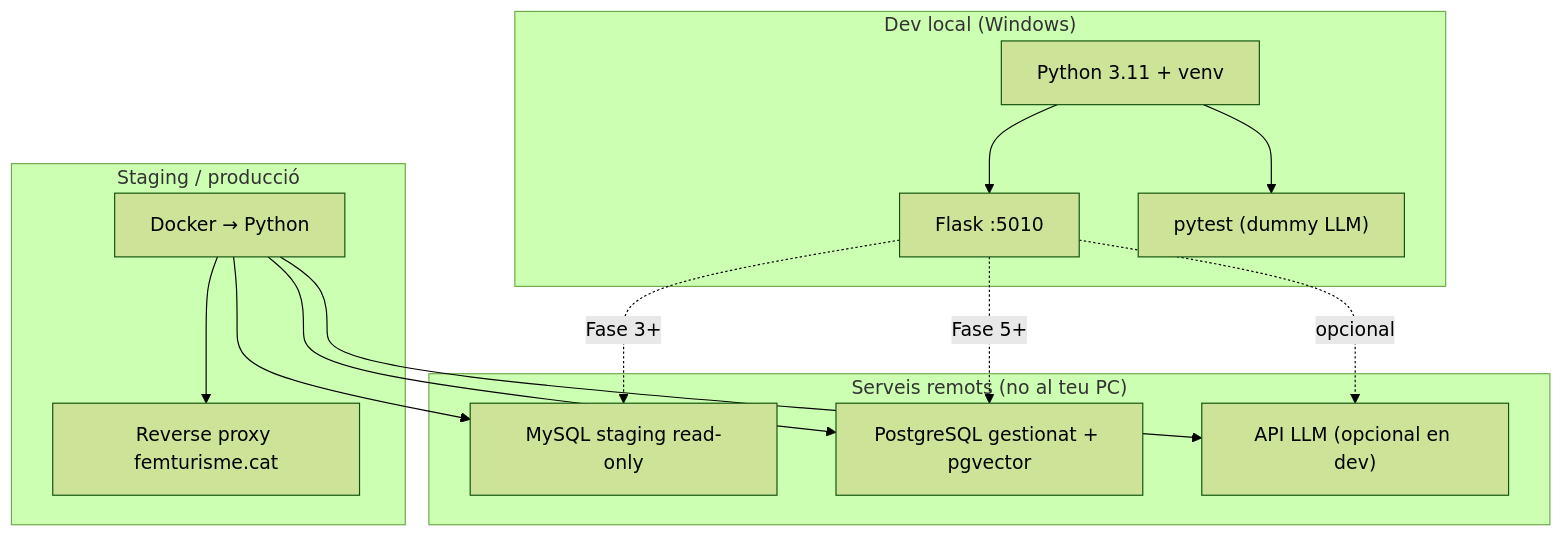
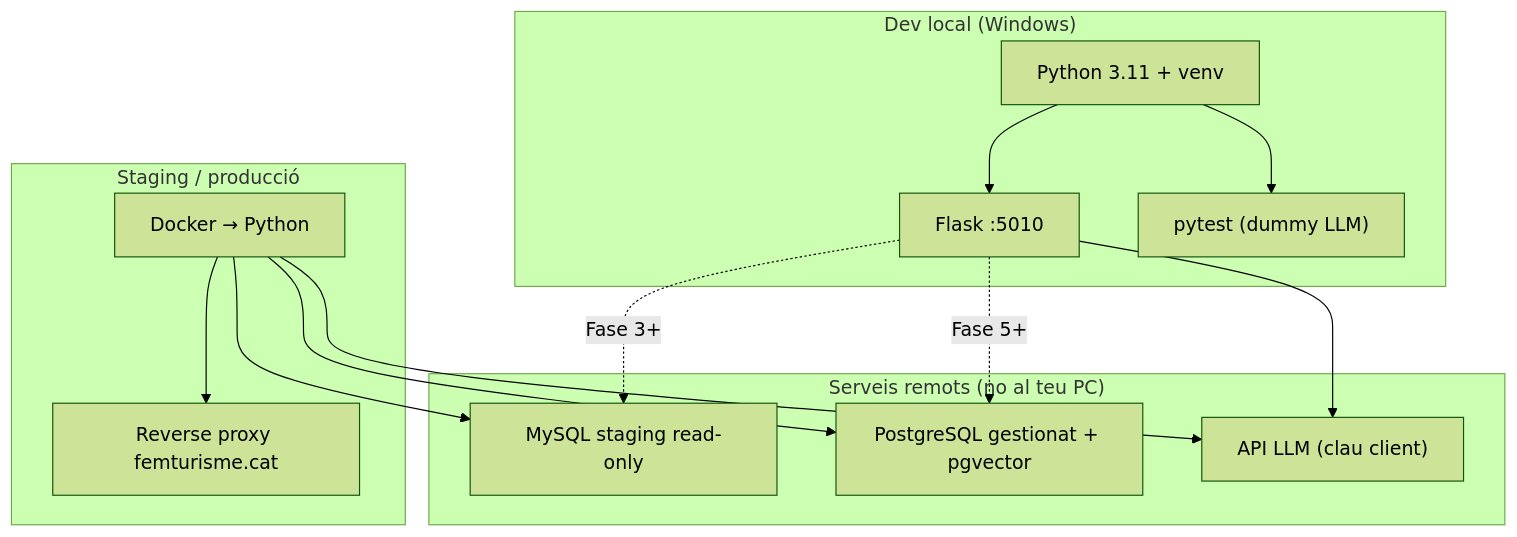
The diagram in docs/devs/desenvolupament-local.md (3urega/femturisme), drawn with Mermaid (forest theme) before and after one commit. The commit also changed other lines of this file and 5 other files, not shown here.

````diff
--- a/docs/devs/desenvolupament-local.md
+++ b/docs/devs/desenvolupament-local.md
@@ -30,29 +52,29 @@
 ```mermaid
 flowchart TB
   subgraph dev ["Dev local (Windows)"]
     VENV["Python 3.11 + venv"]
     FLASK["Flask :5010"]
     PYTEST["pytest (dummy LLM)"]
     VENV --> FLASK
     VENV --> PYTEST
   end
 
   subgraph remote ["Serveis remots (no al teu PC)"]
     MYSQL["MySQL staging read-only"]
     PG["PostgreSQL gestionat + pgvector"]
-    LLM["API LLM (opcional en dev)"]
+    LLM["API LLM (clau client)"]
   end
 
   subgraph deploy ["Staging / producció"]
     DOCKER["Docker → Python"]
     PROXY["Reverse proxy femturisme.cat"]
     DOCKER --> PROXY
   end
 
   FLASK -.->|"Fase 3+"| MYSQL
   FLASK -.->|"Fase 5+"| PG
-  FLASK -.->|"opcional"| LLM
+  FLASK --> LLM
   DOCKER --> MYSQL
   DOCKER --> PG
   DOCKER --> LLM
 ```
````
